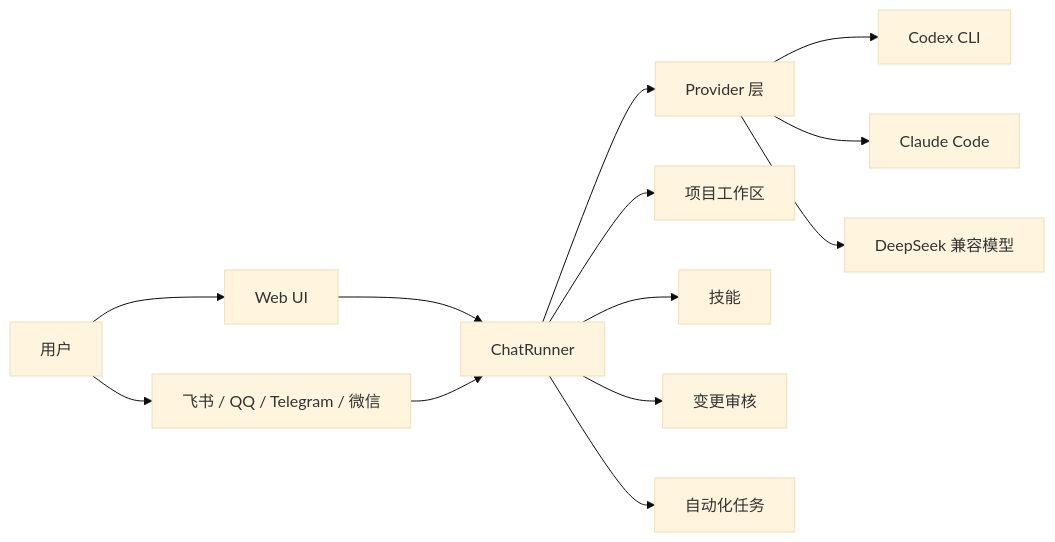
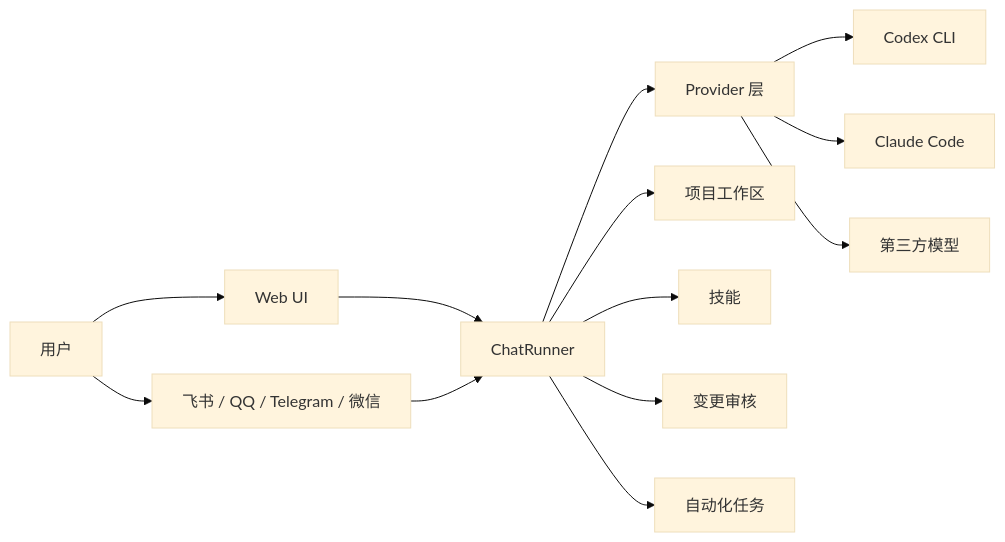
Before and after one commit to 1935417243/AnyBot: the diagram in README.md, drawn with Mermaid (base theme). The commit also changed 1 other file, not shown here.

Commit message:
upd: 项目描述修改

````diff
--- a/README.md
+++ b/README.md
@@ -51,15 +51,15 @@
 ```mermaid
 flowchart LR
     User[用户] --> WebUI[Web UI]
     User --> Channels[飞书 / QQ / Telegram / 微信]
     WebUI --> Runner[ChatRunner]
     Channels --> Runner
     Runner --> Providers[Provider 层]
     Providers --> Codex[Codex CLI]
     Providers --> Claude[Claude Code]
-    Providers --> DeepSeek[DeepSeek 兼容模型]
+    Providers --> ThirdParty[第三方模型]
     Runner --> Workspace[项目工作区]
     Runner --> Skills[技能]
     Runner --> Review[变更审核]
     Runner --> Automation[自动化任务]
 ```
````
